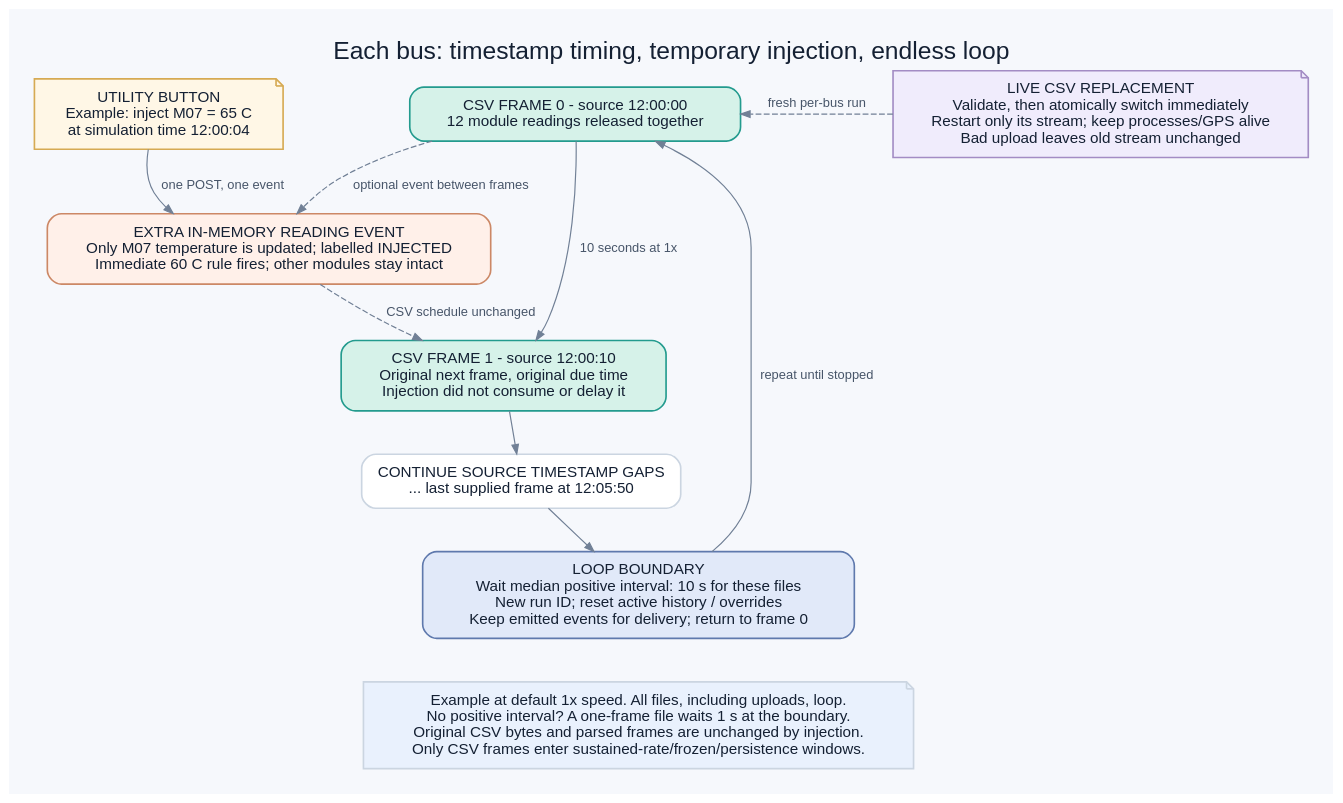
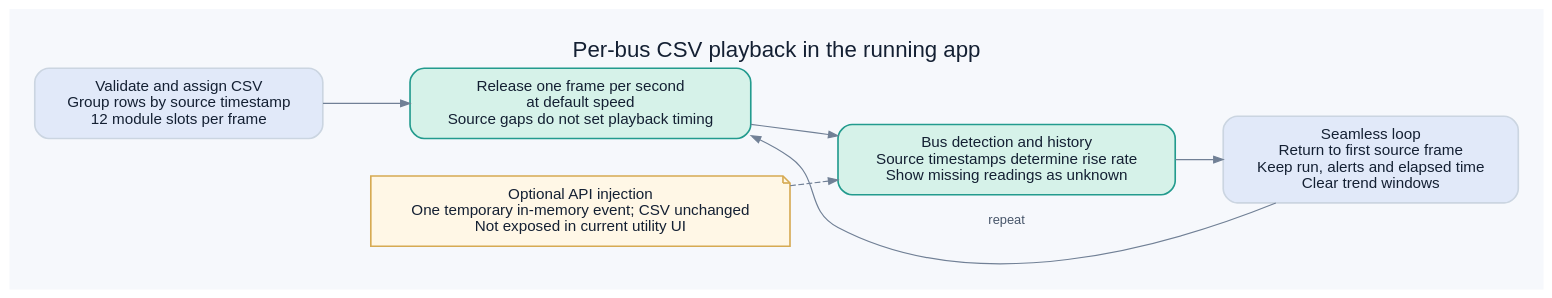
Before and after one commit to sahibjotsingh05/CellSight: the diagram in docs/diagrams/playback.dot, drawn with Graphviz. The commit also changed 10 other files, not shown here.

First line of the commit message:
Align docs with production behaviour and show CSV import quality

```diff
--- a/docs/diagrams/playback.dot
+++ b/docs/diagrams/playback.dot
@@ -1,21 +1,13 @@
 digraph playback {
-  graph [rankdir=TB, bgcolor="#F6F8FC", pad="0.3", nodesep="0.5", ranksep="0.5", fontname="Helvetica", fontsize=21, fontcolor="#142033", label="Each bus: timestamp timing, temporary injection, endless loop", labelloc=t];
+  graph [rankdir=LR, bgcolor="#F6F8FC", pad="0.3", nodesep="0.45", ranksep="0.55", fontname="Helvetica", fontsize=19, fontcolor="#142033", label="Per-bus CSV playback in the running app", labelloc=t];
   node [shape=box, style="rounded,filled", fillcolor="white", color="#CBD5E1", penwidth=1.4, fontname="Helvetica", fontsize=13, fontcolor="#142033", margin="0.18,0.13"];
   edge [color="#718096", arrowsize=0.8, fontname="Helvetica", fontsize=11, fontcolor="#475569"];
-  normal [label="CSV FRAME 0 - source 12:00:00\n12 module readings released together", fillcolor="#D6F2E9", color="#239B8E"];
-  button [label="UTILITY BUTTON\nExample: inject M07 = 65 C\nat simulation time 12:00:04", shape=note, fillcolor="#FFF7E6", color="#D6AA53"];
-  injected [label="EXTRA IN-MEMORY READING EVENT\nOnly M07 temperature is updated; labelled INJECTED\nImmediate 60 C rule fires; other modules stay intact", fillcolor="#FFF0E9", color="#CC8866"];
-  next [label="CSV FRAME 1 - source 12:00:10\nOriginal next frame, original due time\nInjection did not consume or delay it", fillcolor="#D6F2E9", color="#239B8E"];
-  end [label="CONTINUE SOURCE TIMESTAMP GAPS\n... last supplied frame at 12:05:50"];
-  loop [label="LOOP BOUNDARY\nWait median positive interval: 10 s for these files\nNew run ID; reset active history / overrides\nKeep emitted events for delivery; return to frame 0", fillcolor="#E1E9F9", color="#5F79AD"];
-  change [label="LIVE CSV REPLACEMENT\nValidate, then atomically switch immediately\nRestart only its stream; keep processes/GPS alive\nBad upload leaves old stream unchanged", shape=note, fillcolor="#F0ECFC", color="#A38CC4"];
-  note [label="Example at default 1x speed. All files, including uploads, loop.\nNo positive interval? A one-frame file waits 1 s at the boundary.\nOriginal CSV bytes and parsed frames are unchanged by injection.\nOnly CSV frames enter sustained-rate/frozen/persistence windows.", shape=note, fillcolor="#E9F1FD"];
-  normal -> next [label="10 seconds at 1x"];
-  button -> injected [label="one POST, one event"];
-  normal -> injected [style=dashed, label="optional event between frames"];
-  injected -> next [style=dashed, label="CSV schedule unchanged"];
-  next -> end -> loop;
-  loop -> normal [label="repeat until stopped"];
-  change -> normal [style=dashed, label="fresh per-bus run", constraint=false];
-  loop -> note [style=invis];
+  csv [label="Validate and assign CSV\nGroup rows by source timestamp\n12 module slots per frame", fillcolor="#E1E9F9"];
+  frames [label="Release one frame per second\nat default speed\nSource gaps do not set playback timing", fillcolor="#D6F2E9", color="#239B8E"];
+  detector [label="Bus detection and history\nSource timestamps determine rise rate\nShow missing readings as unknown", fillcolor="#D6F2E9", color="#239B8E"];
+  loop [label="Seamless loop\nReturn to first source frame\nKeep run, alerts and elapsed time\nClear trend windows", fillcolor="#E1E9F9"];
+  inject [label="Optional API injection\nOne temporary in-memory event; CSV unchanged\nNot exposed in current utility UI", shape=note, fillcolor="#FFF7E6", color="#D6AA53"];
+  csv -> frames -> detector -> loop;
+  loop -> frames [label="repeat", constraint=false];
+  inject -> detector [style=dashed];
 }
```
